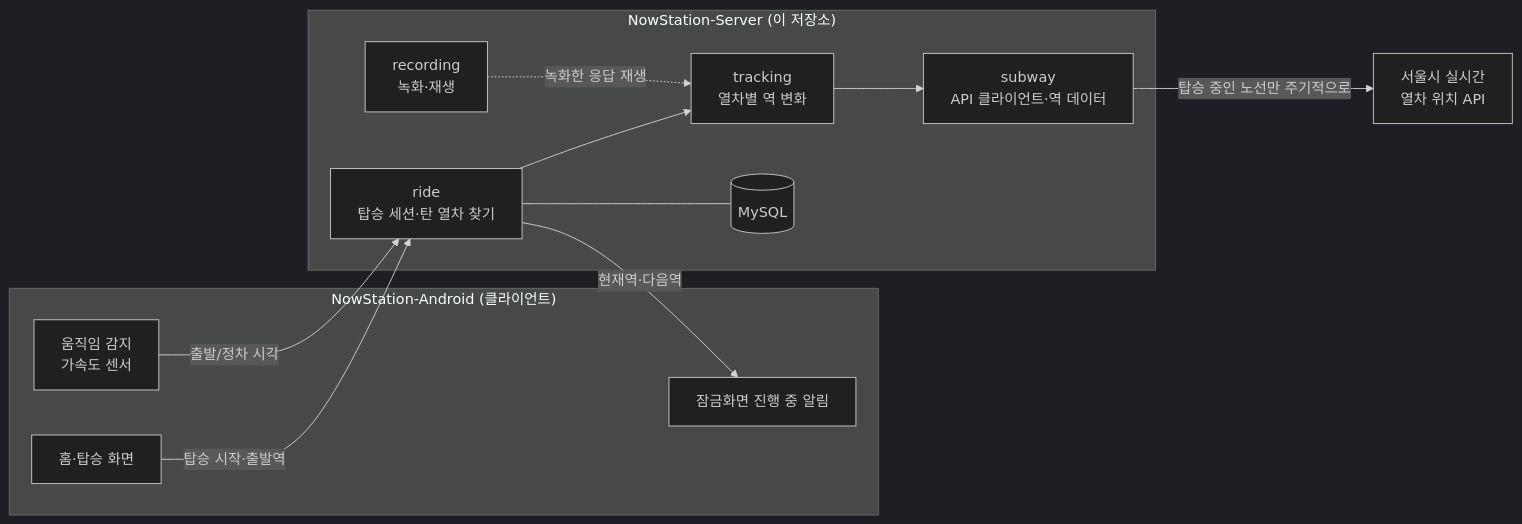
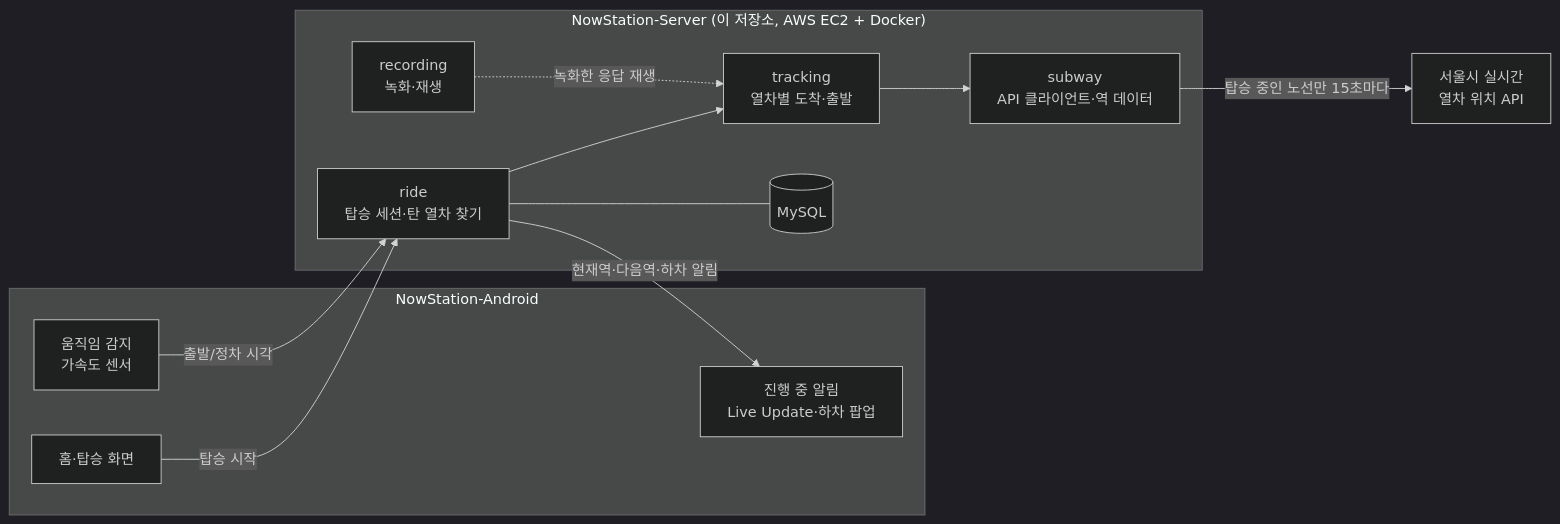
The diagram in README.md (sinadsl1457/NowStation-Server), drawn with Mermaid (dark theme) before and after one commit. The commit also changed other lines of this file and 4 other files, not shown here.

````diff
--- a/README.md
+++ b/README.md
@@ -12,24 +41,24 @@
 ```mermaid
 flowchart LR
-    subgraph Client["NowStation-Android (클라이언트)"]
+    subgraph Client["NowStation-Android"]
         A1[홈·탑승 화면]
         A2[움직임 감지<br/>가속도 센서]
-        A3[잠금화면 진행 중 알림]
+        A3[진행 중 알림<br/>Live Update·하차 팝업]
     end
-    subgraph Server["NowStation-Server (이 저장소)"]
+    subgraph Server["NowStation-Server (이 저장소, AWS EC2 + Docker)"]
         S1[ride<br/>탑승 세션·탄 열차 찾기]
-        S2[tracking<br/>열차별 역 변화]
+        S2[tracking<br/>열차별 도착·출발]
         S3[subway<br/>API 클라이언트·역 데이터]
         S4[recording<br/>녹화·재생]
         DB[(MySQL)]
     end
     API[서울시 실시간<br/>열차 위치 API]
 
-    A1 -- 탑승 시작·출발역 --> S1
+    A1 -- 탑승 시작 --> S1
     A2 -- 출발/정차 시각 --> S1
-    S1 -- 현재역·다음역 --> A3
+    S1 -- 현재역·다음역·하차 알림 --> A3
     S1 --> S2 --> S3
-    S3 -- 탑승 중인 노선만 주기적으로 --> API
+    S3 -- 탑승 중인 노선만 15초마다 --> API
     S4 -. 녹화한 응답 재생 .-> S2
     S1 --- DB
 ```
````
